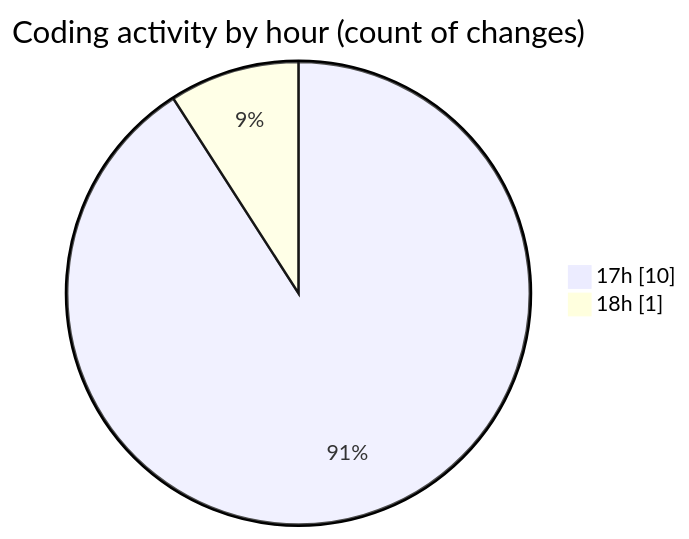
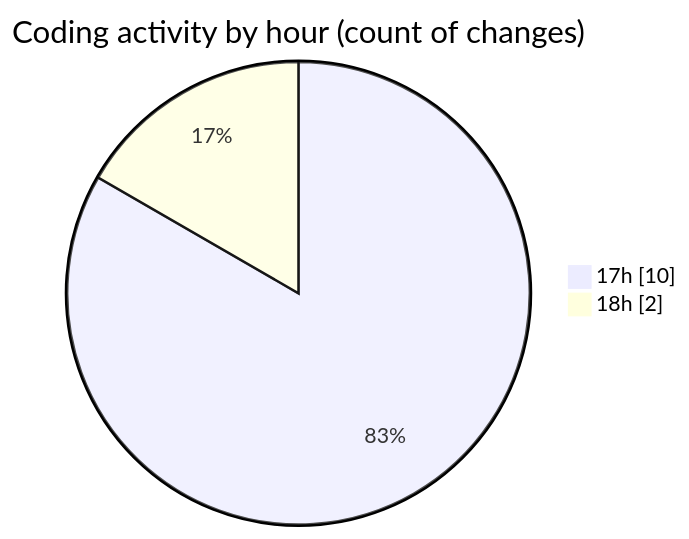
The second of 2 diagrams in 2026-09-16/untitled__workspace_/README.md (debugP/code-tracking), drawn with Mermaid before and after one commit. The commit also changed other lines of this file and 1 other file, not shown here.

````diff
--- a/2026-09-16/untitled__workspace_/README.md
+++ b/2026-09-16/untitled__workspace_/README.md
@@ -30,6 +30,6 @@
 ```mermaid
 pie showData
 title Coding activity by hour (count of changes)
 "17h" : 10
-"18h" : 1
+"18h" : 2
 ```
````
